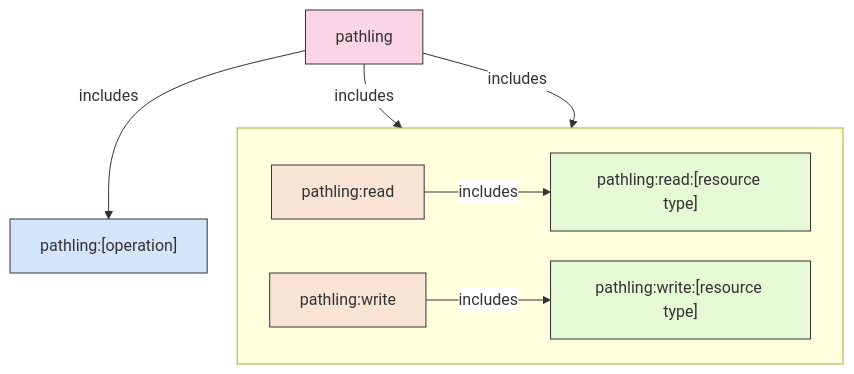
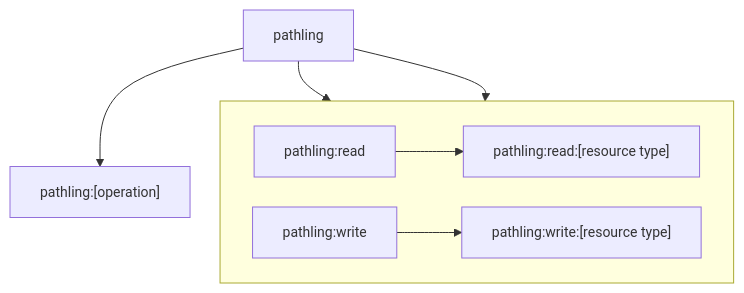
Before and after one commit to aehrc/pathling: the diagram in site/docs/server/authorization.md, drawn with Mermaid. The commit also changed other lines of this file, not shown here.

Commit message:
docs: Improve authorities diagram for light/dark mode
Remove hardcoded colours and edge label backgrounds from the Mermaid
diagram so it renders correctly in both light and dark mode. Replace
repeated edge labels with a single legend below the diagram.

````diff
--- a/site/docs/server/authorization.md
+++ b/site/docs/server/authorization.md
@@ -36,27 +36,20 @@
 ```mermaid
-%%{init: {'themeVariables': { 'edgeLabelBackground':'#ffffff'}, 'flowchart': {'nodeSpacing': 30, 'rankSpacing': 40}}}%%
+%%{init: {'themeVariables': {'fontSize': '14px'}, 'flowchart': {'nodeSpacing': 30, 'rankSpacing': 40}}}%%
 graph TB
     operation["pathling:[operation]"]
     pathling[pathling]
 
     subgraph Resources[" "]
         direction LR
         read-resource["pathling:read:[resource type]"]
         read[pathling:read]
         write[pathling:write]
         write-resource["pathling:write:[resource type]"]
     end
 
-    pathling -->|includes| operation
-    pathling -->|includes| read
-    pathling -->|includes| write
-    read -->|includes| read-resource
-    write -->|includes| write-resource
-
-    style pathling fill:#f9d5e5,stroke:#333
-    style operation fill:#d5e5f9,stroke:#333
-    style read fill:#f9e5d5,stroke:#333
-    style write fill:#f9e5d5,stroke:#333
-    style read-resource fill:#e5f9d5,stroke:#333
-    style write-resource fill:#e5f9d5,stroke:#333
+    pathling --> operation
+    pathling --> read
+    pathling --> write
+    read --> read-resource
+    write --> write-resource
 ```
````
